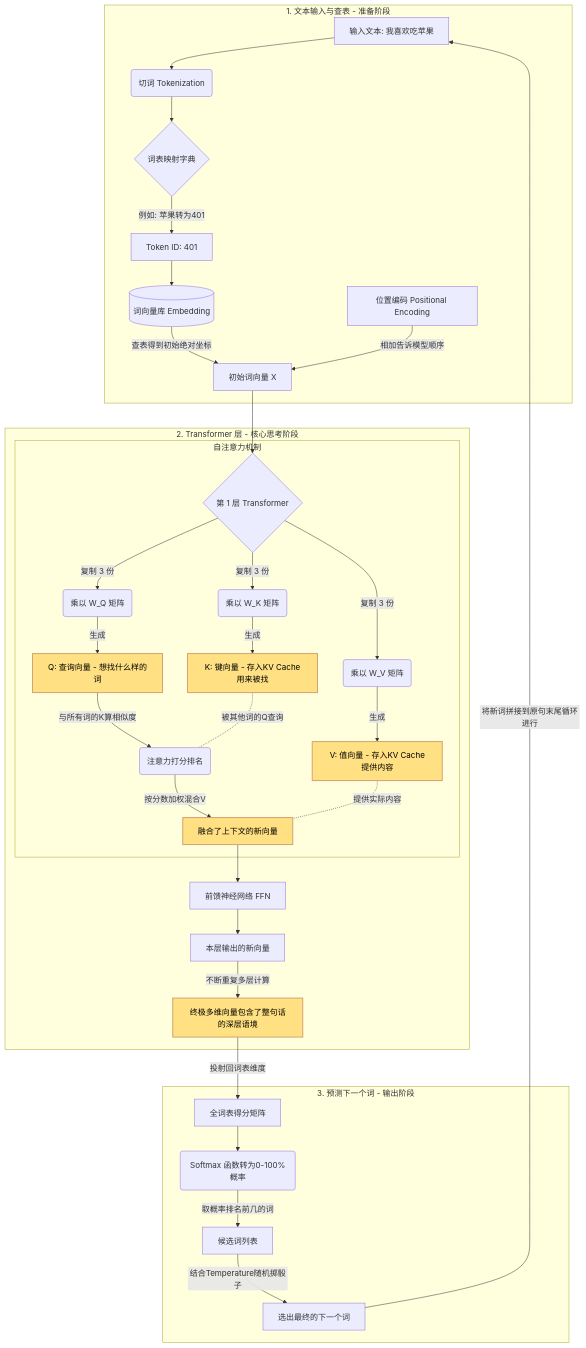
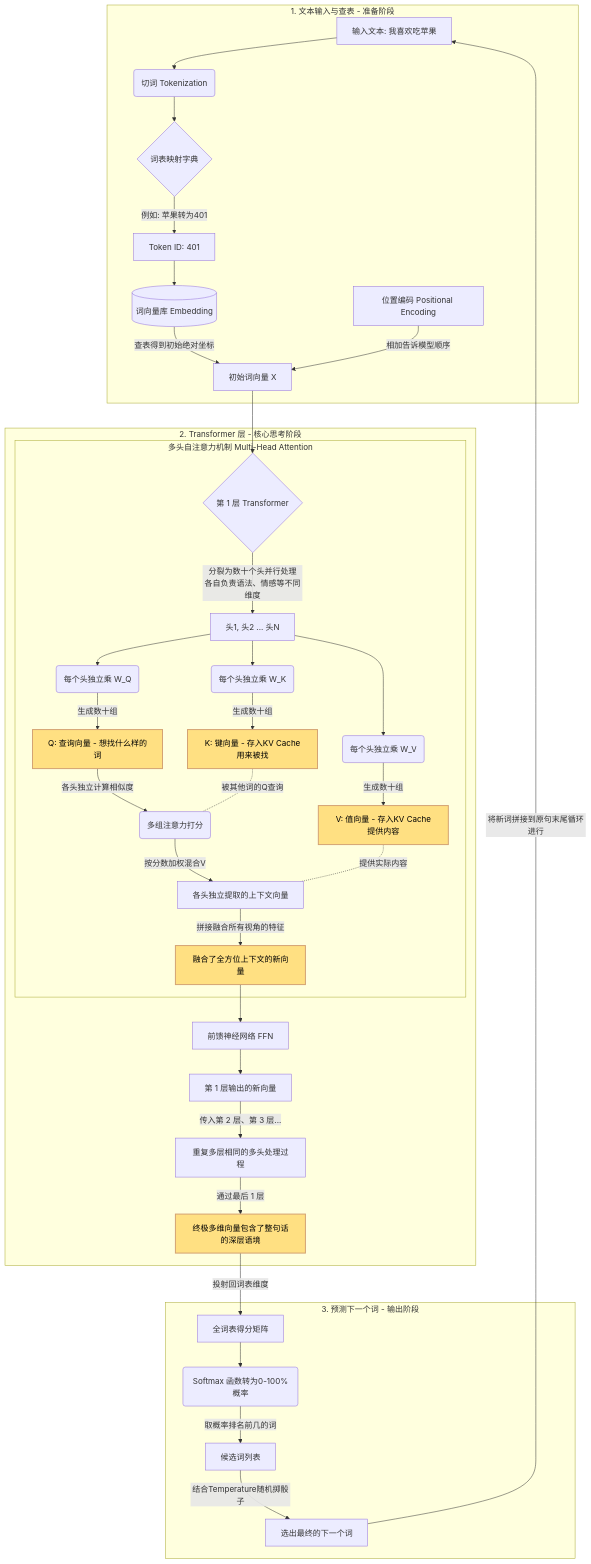
The diagram in LLM/llm_flow.md (light-echo-3/ai-study), drawn with Mermaid before and after one commit.

Commit message:
docs: improve mermaid diagram to show multi-head attention and multi-layer transformers

````diff
--- a/LLM/llm_flow.md
+++ b/LLM/llm_flow.md
@@ -5,50 +5,55 @@
 ```mermaid
 graph TD
     subgraph Stage1 [1. 文本输入与查表 - 准备阶段]
         A[输入文本: 我喜欢吃苹果] --> B(切词 Tokenization)
         B --> C{词表映射字典}
         C -->|例如: 苹果转为401| D[Token ID: 401]
         D --> E[(词向量库 Embedding)]
         E -->|查表得到初始绝对坐标| F[初始词向量 X]
         PE[位置编码 Positional Encoding] -->|相加告诉模型顺序| F
     end
 
     subgraph Stage2 [2. Transformer 层 - 核心思考阶段]
         F --> G{第 1 层 Transformer}
         
-        subgraph SelfAttention [自注意力机制]
-            G -->|复制 3 份| H1(乘以 W_Q 矩阵)
-            G -->|复制 3 份| H2(乘以 W_K 矩阵)
-            G -->|复制 3 份| H3(乘以 W_V 矩阵)
+        subgraph SelfAttention [多头自注意力机制 Multi-Head Attention]
+            G -->|分裂为数十个头并行处理<br>各自负责语法、情感等不同维度| SplitHead[头1, 头2 ... 头N]
             
-            H1 -->|生成| Q[Q: 查询向量 - 想找什么样的词]
-            H2 -->|生成| K[K: 键向量 - 存入KV Cache用来被找]
-            H3 -->|生成| V[V: 值向量 - 存入KV Cache提供内容]
+            SplitHead --> H1(每个头独立乘 W_Q)
+            SplitHead --> H2(每个头独立乘 W_K)
+            SplitHead --> H3(每个头独立乘 W_V)
             
-            Q -->|与所有词的K算相似度| AttentionScore(注意力打分排名)
+            H1 -->|生成数十组| Q[Q: 查询向量 - 想找什么样的词]
+            H2 -->|生成数十组| K[K: 键向量 - 存入KV Cache用来被找]
+            H3 -->|生成数十组| V[V: 值向量 - 存入KV Cache提供内容]
+            
+            Q -->|各头独立计算相似度| AttentionScore(多组注意力打分)
             K -.-|被其他词的Q查询| AttentionScore
             
-            AttentionScore -->|按分数加权混合V| ContextVector[融合了上下文的新向量]
-            V -.-|提供实际内容| ContextVector
+            AttentionScore -->|按分数加权混合V| ContextVectors[各头独立提取的上下文向量]
+            V -.-|提供实际内容| ContextVectors
+            
+            ContextVectors -->|拼接融合所有视角的特征| ContextVector[融合了全方位上下文的新向量]
         end
         
         ContextVector --> FFN[前馈神经网络 FFN]
-        FFN --> Output1[本层输出的新向量]
+        FFN --> Output1[第 1 层输出的新向量]
         
-        Output1 -->|不断重复多层计算| FinalVector[终极多维向量包含了整句话的深层语境]
+        Output1 -->|传入第 2 层、第 3 层...| LoopN[重复多层相同的多头处理过程]
+        LoopN -->|通过最后 1 层| FinalVector[终极多维向量包含了整句话的深层语境]
     end
 
     subgraph Stage3 [3. 预测下一个词 - 输出阶段]
         FinalVector -->|投射回词表维度| Logits[全词表得分矩阵]
         Logits --> Softmax(Softmax 函数转为0-100%概率)
         
         Softmax -->|取概率排名前几的词| Candidates[候选词列表]
         
         Candidates -->|结合Temperature随机掷骰子| NextToken[选出最终的下一个词]
         
         NextToken -->|将新词拼接到原句末尾循环进行| A
     end
 
     classDef highlight fill:#ffe082,color:#000000,stroke:#d4a373,stroke-width:2px;
     class Q,K,V,ContextVector,FinalVector highlight;
 ```
````
